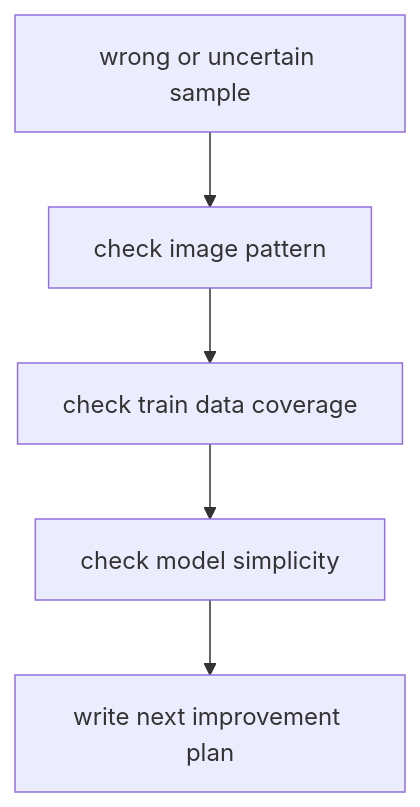
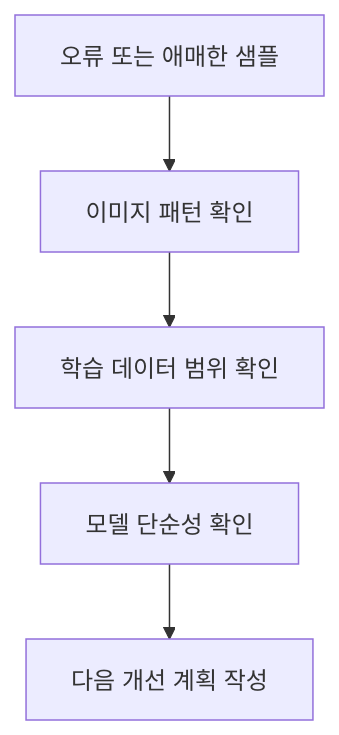
Before and after one commit to devchan64/AiBook: the diagram in docs/parts/part-07/chapter-03/section-02.md, drawn with Mermaid. The commit also changed other lines of this file and 15 other files, not shown here.

````diff
--- a/docs/parts/part-07/chapter-03/section-02.md
+++ b/docs/parts/part-07/chapter-03/section-02.md
@@ -91,10 +93,10 @@
 ```mermaid
 flowchart TD
-  A["wrong or uncertain sample"]
-  B["check image pattern"]
-  C["check train data coverage"]
-  D["check model simplicity"]
-  E["write next improvement plan"]
+  A["오류 또는 애매한 샘플"]
+  B["이미지 패턴 확인"]
+  C["학습 데이터 범위 확인"]
+  D["모델 단순성 확인"]
+  E["다음 개선 계획 작성"]
 
   A --> B --> C --> D --> E
 ```
````
